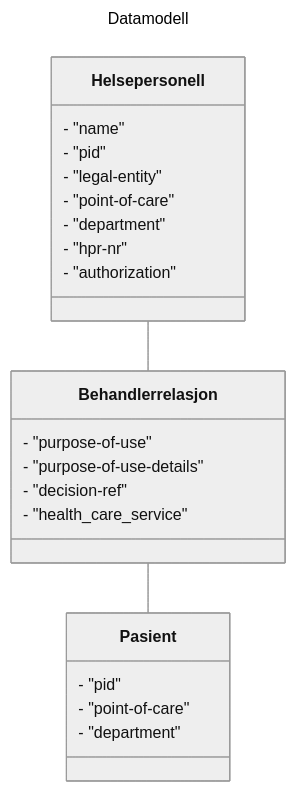
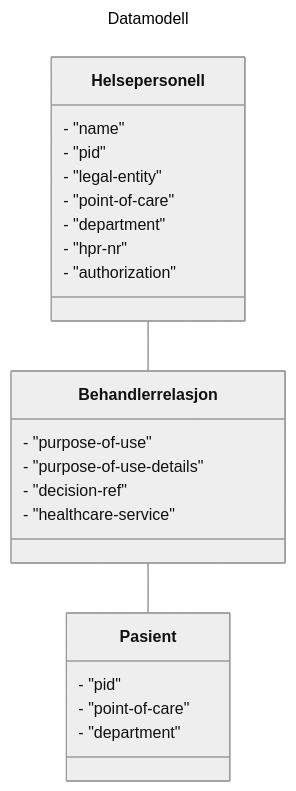
One commit to NorskHelsenett/Tillitsrammeverk changed the second of 3 diagrams in specs/informasjons_og_datamodell.md. Above: the diagram before and after it, drawn with Mermaid (neutral theme). The commit also changed other lines of this file and 2 other files, not shown here.

Commit message:
Opdatert health_care_service til healthcare-service

````diff
--- a/specs/informasjons_og_datamodell.md
+++ b/specs/informasjons_og_datamodell.md
@@ -187,33 +187,33 @@
 ```mermaid
 ---
 title: Datamodell
 ---
 classDiagram
 
 	Helsepersonell -- Behandlerrelasjon
 	Behandlerrelasjon -- Pasient
 
 	class Helsepersonell{
 		- "name"
 		- "pid"
 		- "legal-entity"
 		- "point-of-care"
 		- "department"
 		- "hpr-nr"
 		- "authorization"
 	}
 		
 	class Behandlerrelasjon{
 		- "purpose-of-use"
 		- "purpose-of-use-details"
 		- "decision-ref"
-		- "health_care_service"
+		- "healthcare-service"
 	}
 	
 	class Pasient{
 		- "pid"
 		- "point-of-care"
 		- "department"
 	}	
 		
 ```
````
